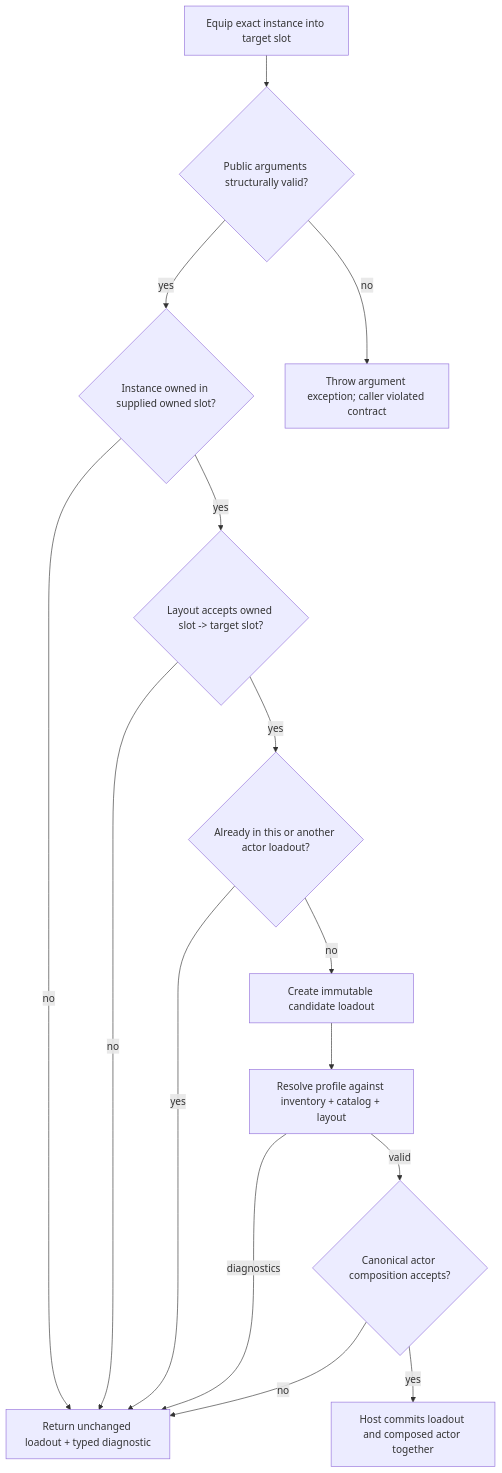
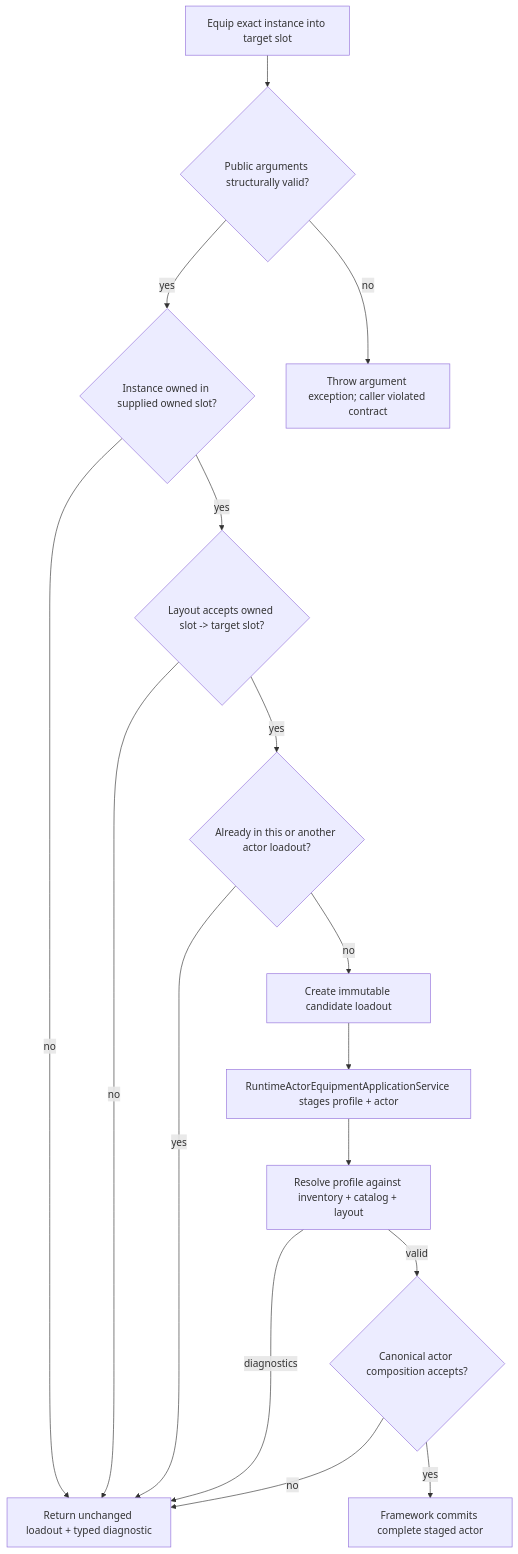
One commit to KayelC/Convergence changed the second of 5 diagrams in docs/technical/inventory-equipment-economy-runtime.md. Above: the diagram before and after it, drawn with Mermaid. The commit also changed other lines of this file and 10 other files, not shown here.

Commit message:
runtime: apply equipment profiles atomically

````diff
--- a/docs/technical/inventory-equipment-economy-runtime.md
+++ b/docs/technical/inventory-equipment-economy-runtime.md
@@ -103,29 +104,31 @@
 ```mermaid
 flowchart TB
     Request["Equip exact instance into target slot"]
     ValidateArgs{"Public arguments structurally valid?"}
     Owned{"Instance owned in supplied owned slot?"}
     Assignment{"Layout accepts owned slot -> target slot?"}
     Collision{"Already in this or another actor loadout?"}
     Candidate["Create immutable candidate loadout"]
     Resolve["Resolve profile against inventory + catalog + layout"]
+    Apply["RuntimeActorEquipmentApplicationService stages profile + actor"]
     Compose{"Canonical actor composition accepts?"}
-    Commit["Host commits loadout and composed actor together"]
+    Commit["Framework commits complete staged actor"]
     Reject["Return unchanged loadout + typed diagnostic"]
     ContractFault["Throw argument exception; caller violated contract"]
 
     Request --> ValidateArgs
     ValidateArgs -->|"no"| ContractFault
     ValidateArgs -->|"yes"| Owned
     Owned -->|"no"| Reject
     Owned -->|"yes"| Assignment
     Assignment -->|"no"| Reject
     Assignment -->|"yes"| Collision
     Collision -->|"yes"| Reject
     Collision -->|"no"| Candidate
-    Candidate --> Resolve
+    Candidate --> Apply
+    Apply --> Resolve
     Resolve -->|"diagnostics"| Reject
     Resolve -->|"valid"| Compose
     Compose -->|"no"| Reject
     Compose -->|"yes"| Commit
 ```
````
